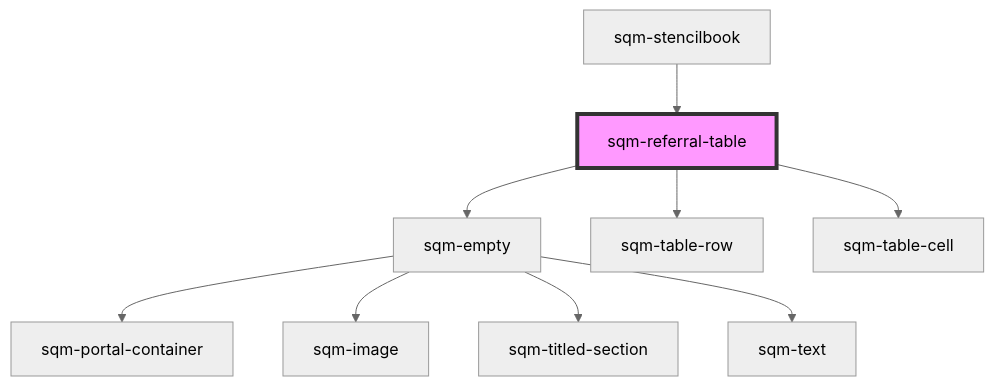
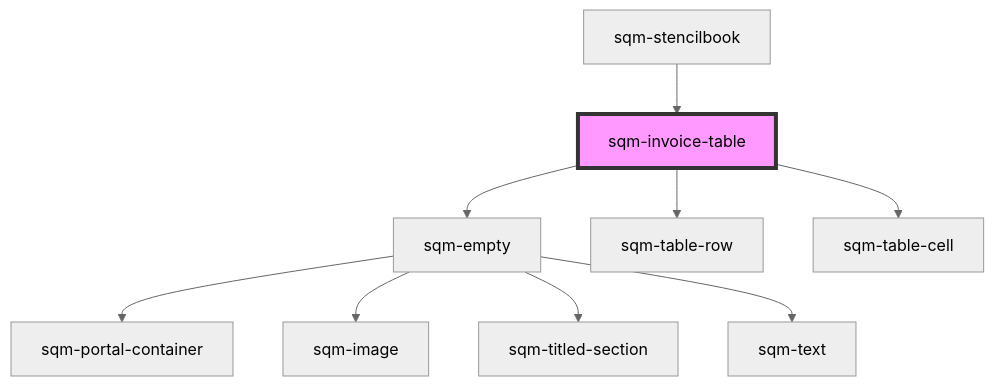
Before and after one commit to saasquatch/program-tools: the diagram in packages/mint-components/src/components/sqm-invoice-table/readme.md, drawn with Mermaid (neutral theme). The commit also changed other lines of this file and 9 other files, not shown here.

````diff
--- a/packages/mint-components/src/components/sqm-invoice-table/readme.md
+++ b/packages/mint-components/src/components/sqm-invoice-table/readme.md
@@ -37,12 +36,12 @@
 ```mermaid
 graph TD;
-  sqm-referral-table --> sqm-empty
-  sqm-referral-table --> sqm-table-row
-  sqm-referral-table --> sqm-table-cell
+  sqm-invoice-table --> sqm-empty
+  sqm-invoice-table --> sqm-table-row
+  sqm-invoice-table --> sqm-table-cell
   sqm-empty --> sqm-portal-container
   sqm-empty --> sqm-image
   sqm-empty --> sqm-titled-section
   sqm-empty --> sqm-text
-  sqm-stencilbook --> sqm-referral-table
-  style sqm-referral-table fill:#f9f,stroke:#333,stroke-width:4px
+  sqm-stencilbook --> sqm-invoice-table
+  style sqm-invoice-table fill:#f9f,stroke:#333,stroke-width:4px
 ```
````
